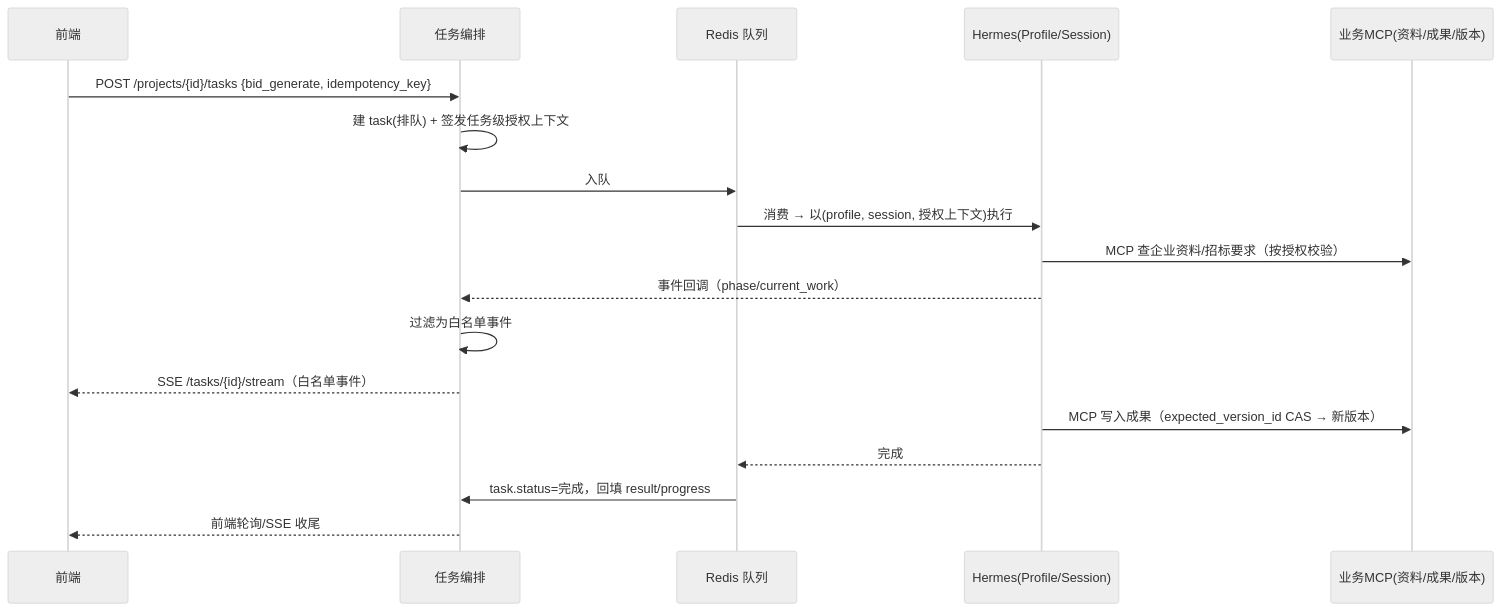
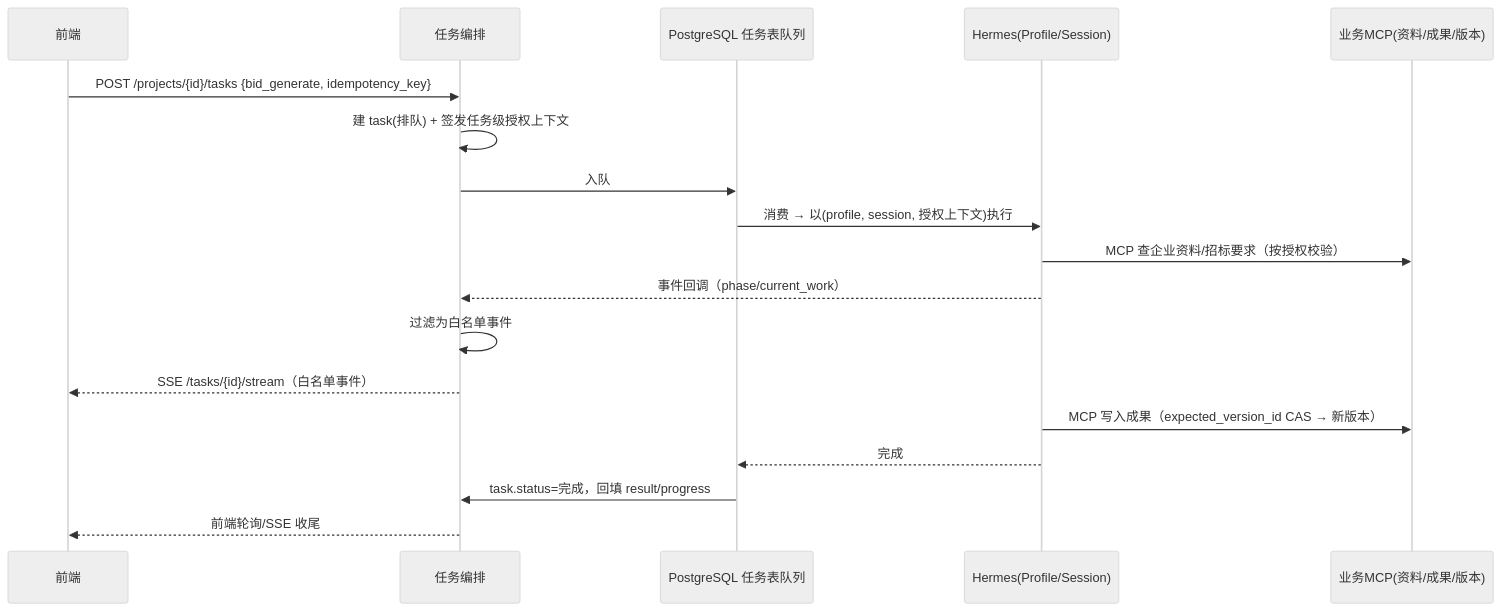
The fourth of 11 diagrams in docs/模块细化设计.md (aotocode2026/BidVolt), drawn with Mermaid (neutral theme) before and after one commit. The commit also changed other lines of this file and 20 other files, not shown here.

````diff
--- a/docs/模块细化设计.md
+++ b/docs/模块细化设计.md
@@ -361,20 +557,20 @@
 ```mermaid
 sequenceDiagram
     participant U as 前端
     participant API as 任务编排
-    participant Q as Redis 队列
+    participant Q as PostgreSQL 任务表队列
     participant H as Hermes(Profile/Session)
     participant M as 业务MCP(资料/成果/版本)
     U->>API: POST /projects/{id}/tasks {bid_generate, idempotency_key}
     API->>API: 建 task(排队) + 签发任务级授权上下文
     API->>Q: 入队
     Q->>H: 消费 → 以(profile, session, 授权上下文)执行
     H->>M: MCP 查企业资料/招标要求（按授权校验）
     H-->>API: 事件回调（phase/current_work）
     API->>API: 过滤为白名单事件
     API-->>U: SSE /tasks/{id}/stream（白名单事件）
     H->>M: MCP 写入成果（expected_version_id CAS → 新版本）
     H-->>Q: 完成
     Q->>API: task.status=完成，回填 result/progress
     API-->>U: 前端轮询/SSE 收尾
 ```
````
